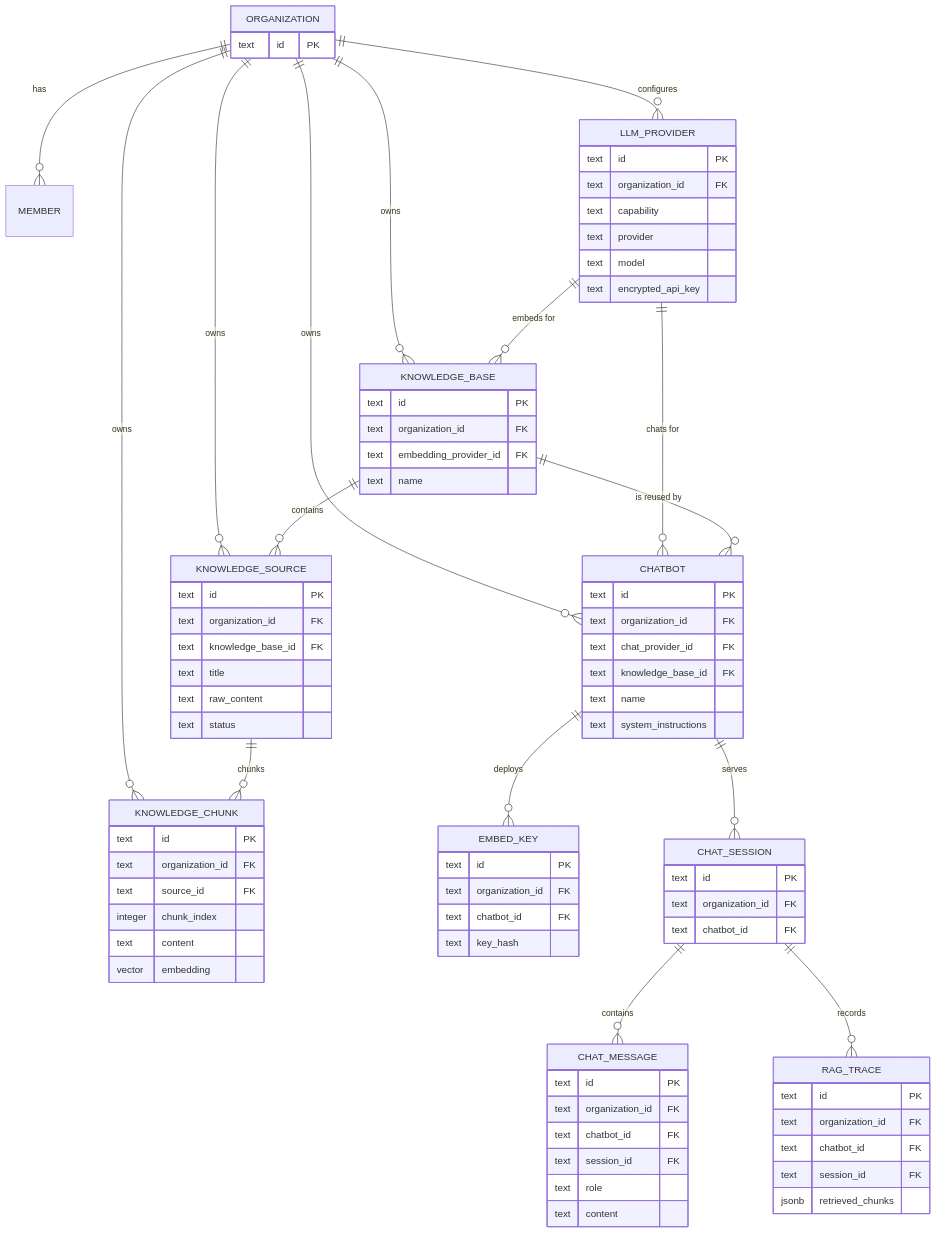
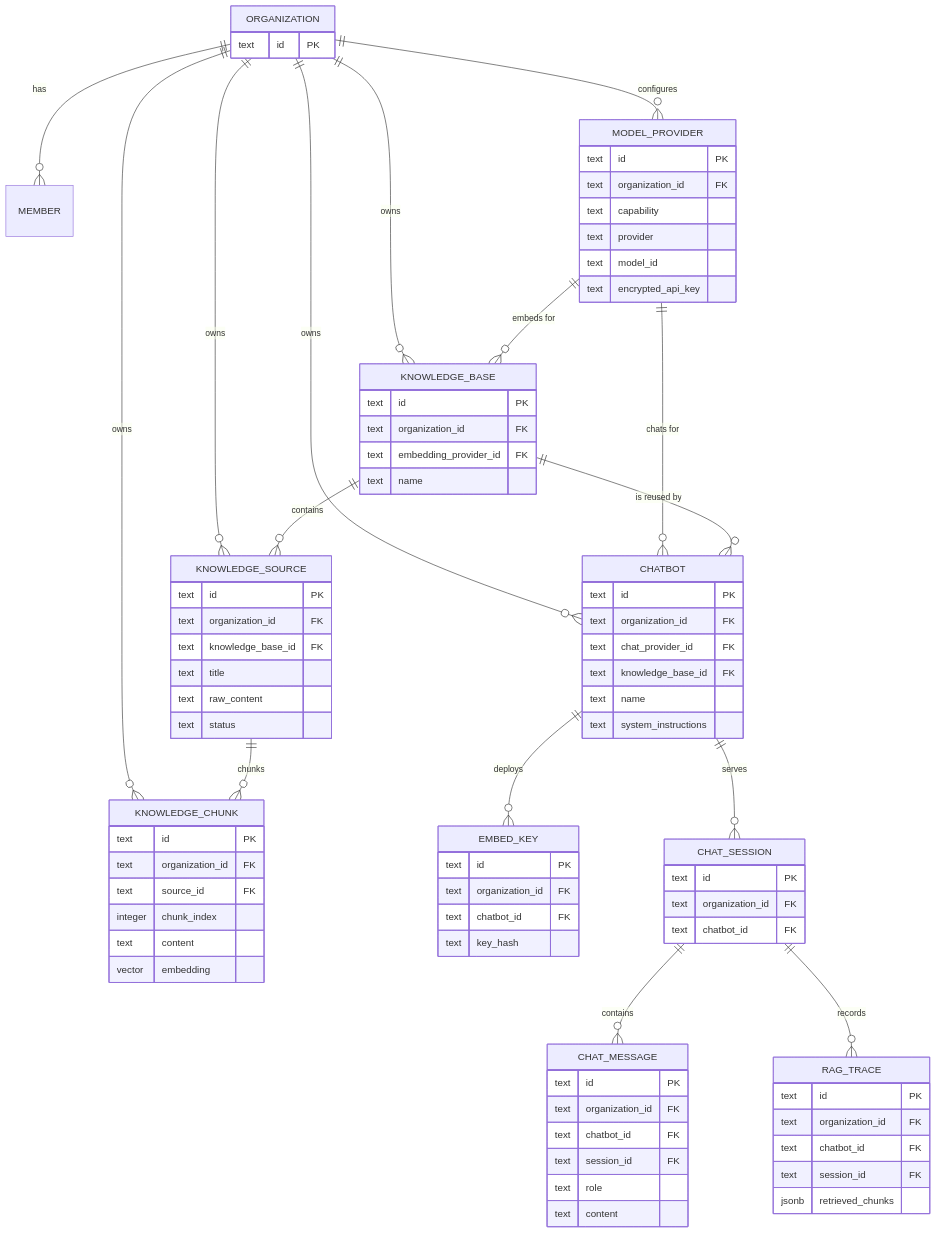
Before and after one commit to yzy98/geho: the second of 2 diagrams in README.md, drawn with Mermaid. The commit also changed other lines of this file and 30 other files, not shown here.

Commit message:
refactor: rename llm providers to model providers

````diff
--- a/README.md
+++ b/README.md
@@ -331,14 +332,14 @@
 ```mermaid
 erDiagram
     ORGANIZATION ||--o{ MEMBER : has
-    ORGANIZATION ||--o{ LLM_PROVIDER : configures
+    ORGANIZATION ||--o{ MODEL_PROVIDER : configures
     ORGANIZATION ||--o{ KNOWLEDGE_BASE : owns
     ORGANIZATION ||--o{ KNOWLEDGE_SOURCE : owns
     ORGANIZATION ||--o{ KNOWLEDGE_CHUNK : owns
     ORGANIZATION ||--o{ CHATBOT : owns
 
-    LLM_PROVIDER ||--o{ KNOWLEDGE_BASE : "embeds for"
-    LLM_PROVIDER ||--o{ CHATBOT : "chats for"
+    MODEL_PROVIDER ||--o{ KNOWLEDGE_BASE : "embeds for"
+    MODEL_PROVIDER ||--o{ CHATBOT : "chats for"
     KNOWLEDGE_BASE ||--o{ KNOWLEDGE_SOURCE : contains
     KNOWLEDGE_BASE ||--o{ CHATBOT : "is reused by"
 
@@ -352,12 +353,12 @@
     ORGANIZATION {
         text id PK
     }
-    LLM_PROVIDER {
+    MODEL_PROVIDER {
         text id PK
         text organization_id FK
         text capability
         text provider
-        text model
+        text model_id
         text encrypted_api_key
     }
     KNOWLEDGE_BASE {
````
